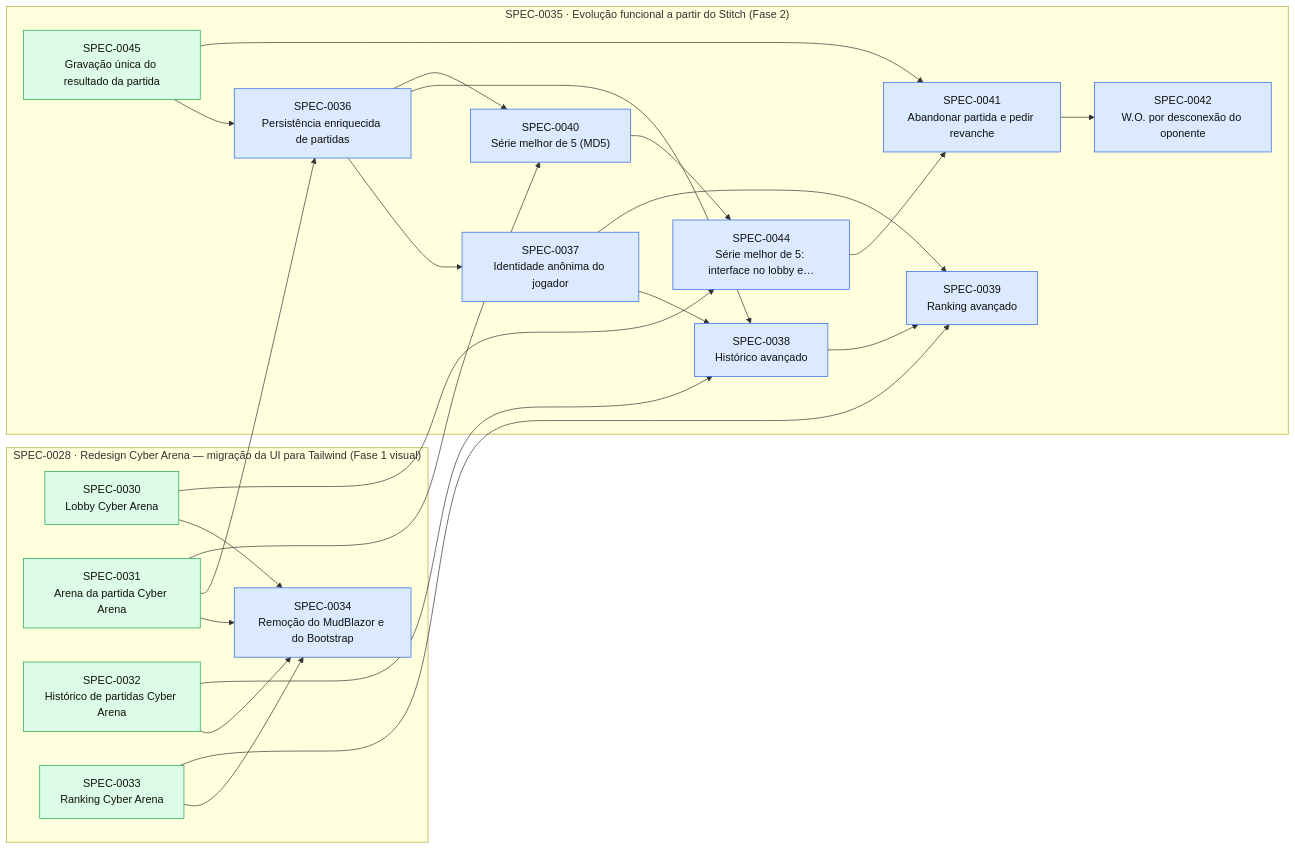
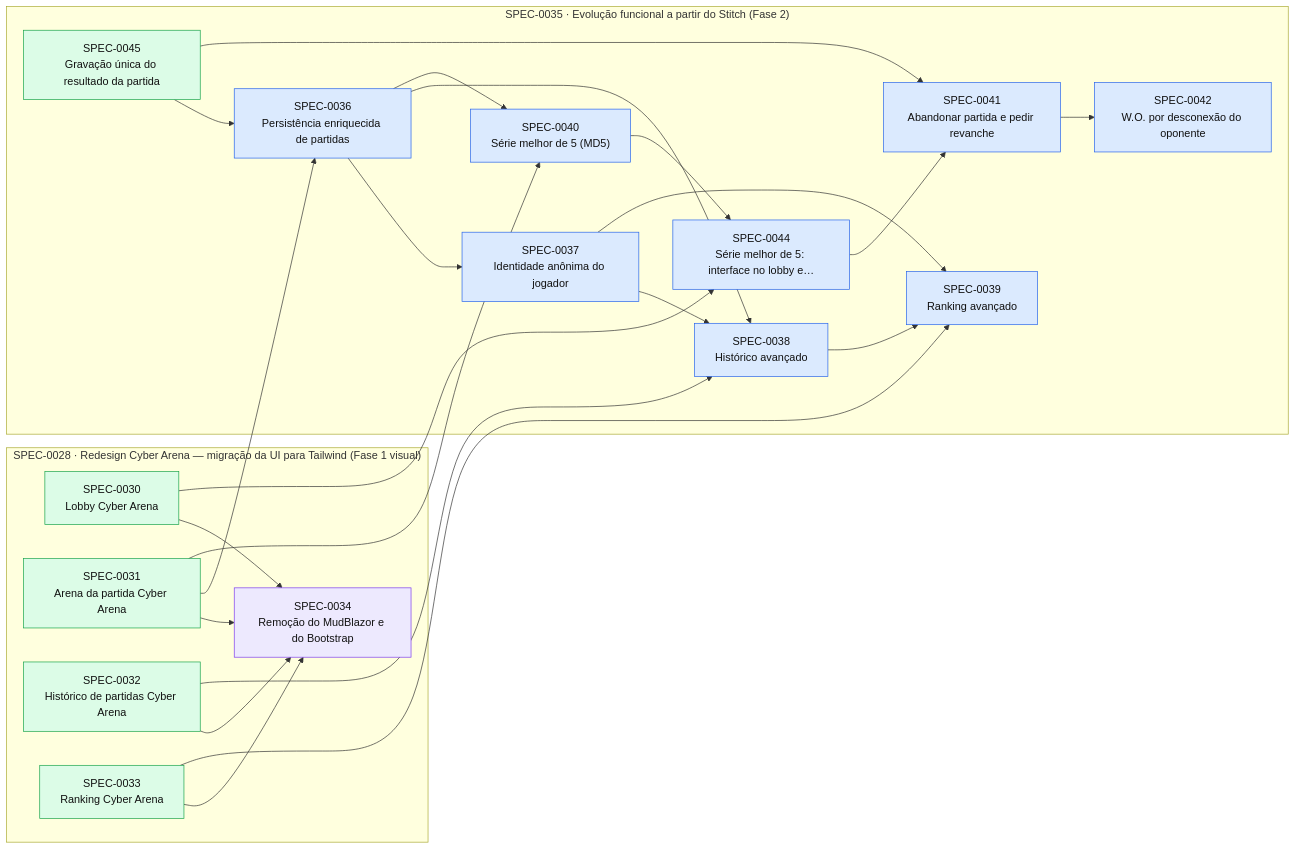
One commit to thomasravache/jogo-da-velha-multiplayer changed the diagram in docs/specs/INDEX.md. Above: the diagram before and after it, drawn with Mermaid. The commit also changed other lines of this file and 1 other file, not shown here.

First line of the commit message:
docs(specs): registrar gates G1-G4 da SPEC-0034

````diff
--- a/docs/specs/INDEX.md
+++ b/docs/specs/INDEX.md
@@ -44,46 +44,46 @@
 ```mermaid
 flowchart LR
   subgraph E0028["SPEC-0028 · Redesign Cyber Arena — migração da UI para Tailwind (Fase 1 visual)"]
     S0030["SPEC-0030<br/>Lobby Cyber Arena"]:::implemented
     S0031["SPEC-0031<br/>Arena da partida Cyber Arena"]:::implemented
     S0032["SPEC-0032<br/>Histórico de partidas Cyber Arena"]:::implemented
     S0033["SPEC-0033<br/>Ranking Cyber Arena"]:::implemented
-    S0034["SPEC-0034<br/>Remoção do MudBlazor e do Bootstrap"]:::approved
+    S0034["SPEC-0034<br/>Remoção do MudBlazor e do Bootstrap"]:::inprogress
   end
   subgraph E0035["SPEC-0035 · Evolução funcional a partir do Stitch (Fase 2)"]
     S0036["SPEC-0036<br/>Persistência enriquecida de partidas"]:::approved
     S0037["SPEC-0037<br/>Identidade anônima do jogador"]:::approved
     S0038["SPEC-0038<br/>Histórico avançado"]:::approved
     S0039["SPEC-0039<br/>Ranking avançado"]:::approved
     S0040["SPEC-0040<br/>Série melhor de 5 (MD5)"]:::approved
     S0041["SPEC-0041<br/>Abandonar partida e pedir revanche"]:::approved
     S0042["SPEC-0042<br/>W.O. por desconexão do oponente"]:::approved
     S0044["SPEC-0044<br/>Série melhor de 5: interface no lobby e…"]:::approved
     S0045["SPEC-0045<br/>Gravação única do resultado da partida"]:::implemented
   end
   S0030 --> S0034
   S0031 --> S0034
   S0032 --> S0034
   S0033 --> S0034
   S0031 --> S0036
   S0045 --> S0036
   S0036 --> S0037
   S0032 --> S0038
   S0036 --> S0038
   S0037 --> S0038
   S0033 --> S0039
   S0037 --> S0039
   S0038 --> S0039
   S0031 --> S0040
   S0036 --> S0040
   S0044 --> S0041
   S0045 --> S0041
   S0041 --> S0042
   S0030 --> S0044
   S0040 --> S0044
   classDef proposed fill:#fef3c7,stroke:#d97706,color:#111
   classDef approved fill:#dbeafe,stroke:#2563eb,color:#111
   classDef inprogress fill:#ede9fe,stroke:#7c3aed,color:#111
   classDef implemented fill:#dcfce7,stroke:#16a34a,color:#111
   classDef deprecated fill:#f3f4f6,stroke:#9ca3af,color:#6b7280
 ```
````
